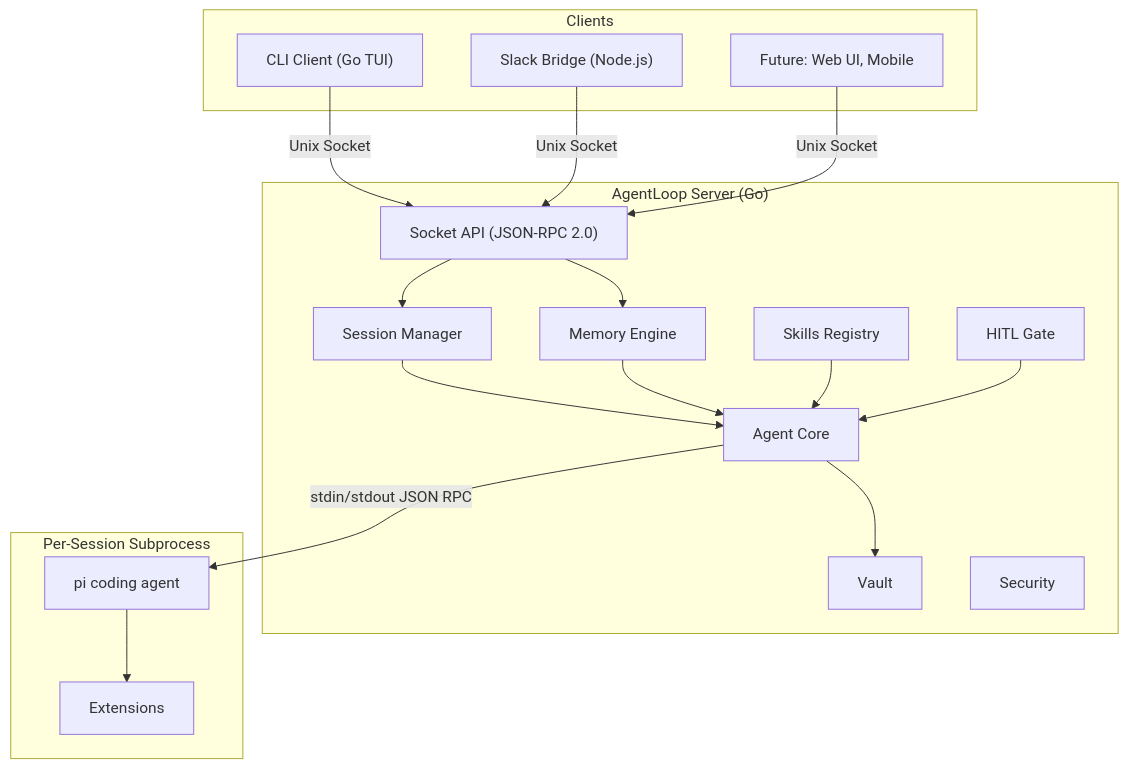
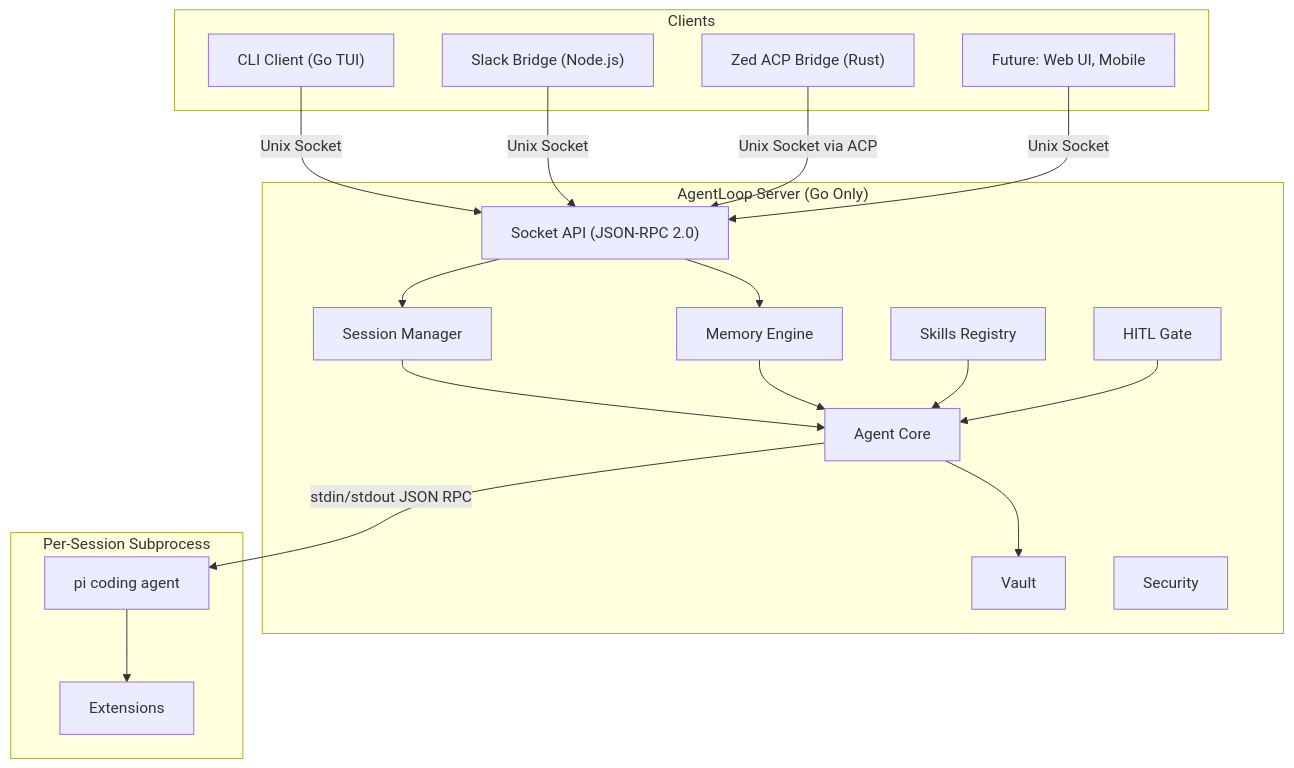
Before and after one commit to MarcoMruz/agentloop-docs: the diagram in src/content/docs/architecture/system-design.mdx, drawn with Mermaid. The commit also changed other lines of this file and 3 other files, not shown here.

First line of the commit message:
docs: clarify agentloop-rs is ACP bridge only, not server

````diff
--- a/src/content/docs/architecture/system-design.mdx
+++ b/src/content/docs/architecture/system-design.mdx
@@ -19,38 +45,40 @@
 ```mermaid
 graph TD
     subgraph Clients
         CLI["CLI Client (Go TUI)"]
         Slack["Slack Bridge (Node.js)"]
+        Zed["Zed ACP Bridge (Rust)"]
         Web["Future: Web UI, Mobile"]
     end
 
-    subgraph "AgentLoop Server (Go)"
+    subgraph "AgentLoop Server (Go Only)"
         API["Socket API (JSON-RPC 2.0)"]
         SM["Session Manager"]
         Mem["Memory Engine"]
         Core["Agent Core"]
         Skills["Skills Registry"]
         HITL["HITL Gate"]
         Vault["Vault"]
         Sec["Security"]
     end
 
     subgraph "Per-Session Subprocess"
         Pi["pi coding agent"]
         Ext["Extensions"]
     end
 
     CLI -->|Unix Socket| API
     Slack -->|Unix Socket| API
+    Zed -->|Unix Socket via ACP| API
     Web -->|Unix Socket| API
 
     API --> SM
     API --> Mem
     SM --> Core
     Mem --> Core
     Skills --> Core
     HITL --> Core
     Core -->|stdin/stdout JSON RPC| Pi
     Pi --> Ext
     Core --> Vault
 ```
````
